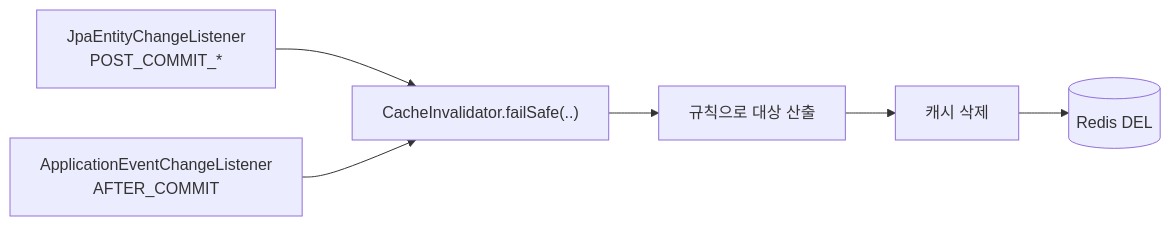
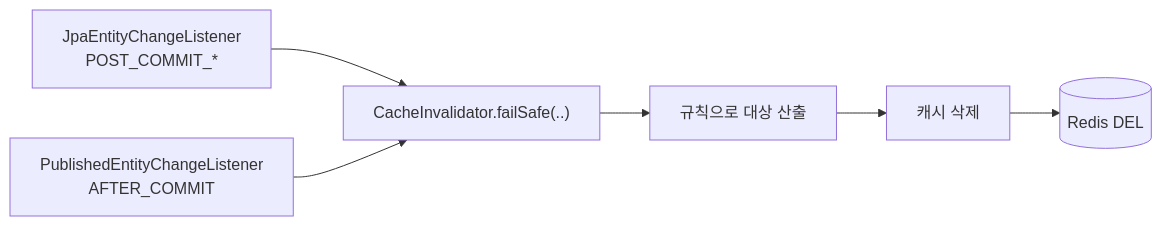
One commit to gmoon92/toy changed the third of 3 diagrams in spring-cache/cache-invalidation-strategy/write-invalidate/README.md. Above: the diagram before and after it, drawn with Mermaid. The commit also changed other lines of this file and 4 other files, not shown here.

````diff
--- a/spring-cache/cache-invalidation-strategy/write-invalidate/README.md
+++ b/spring-cache/cache-invalidation-strategy/write-invalidate/README.md
@@ -93,8 +93,8 @@
 ```mermaid
 flowchart LR
     H["JpaEntityChangeListener<br/>POST_COMMIT_*"] --> S
-    P["ApplicationEventChangeListener<br/>AFTER_COMMIT"] --> S
+    P["PublishedEntityChangeListener<br/>AFTER_COMMIT"] --> S
     S["CacheInvalidator.failSafe(..)"] --> RU[규칙으로 대상 산출]
     RU --> EV[캐시 삭제]
     EV --> C[(Redis DEL)]
 ```
````
